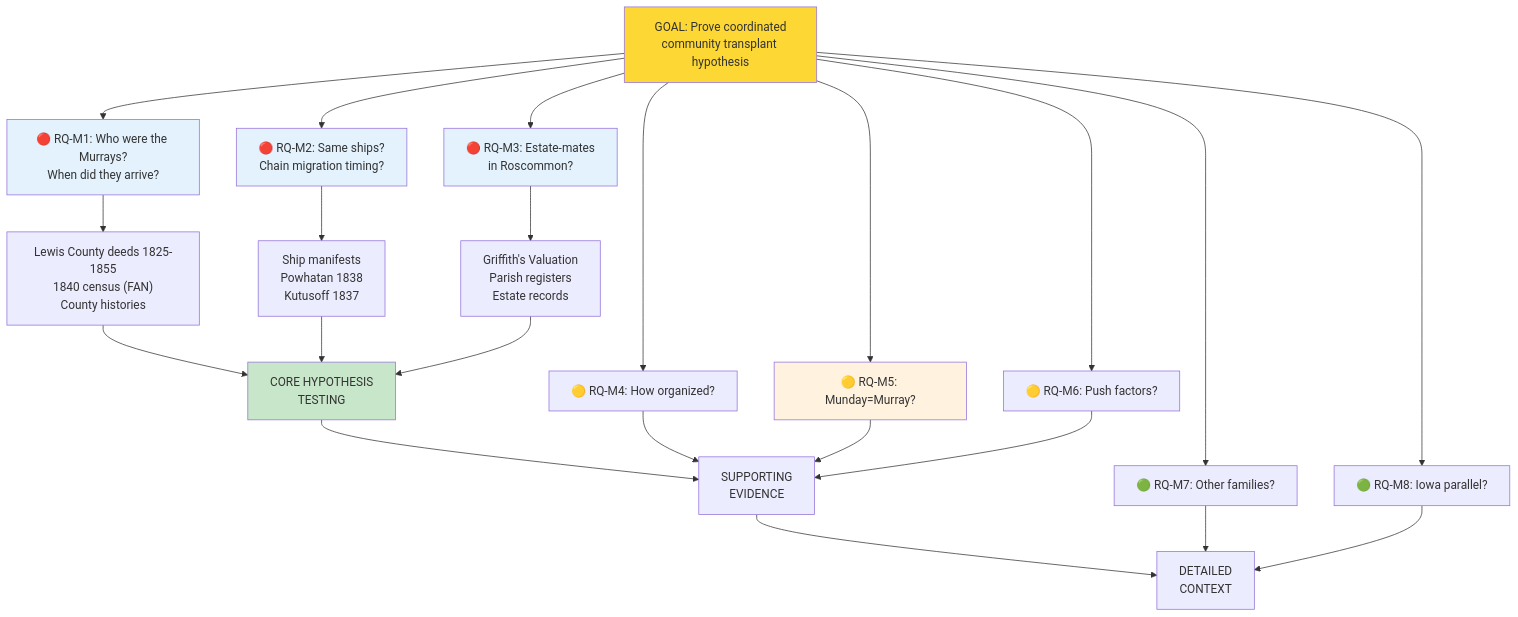
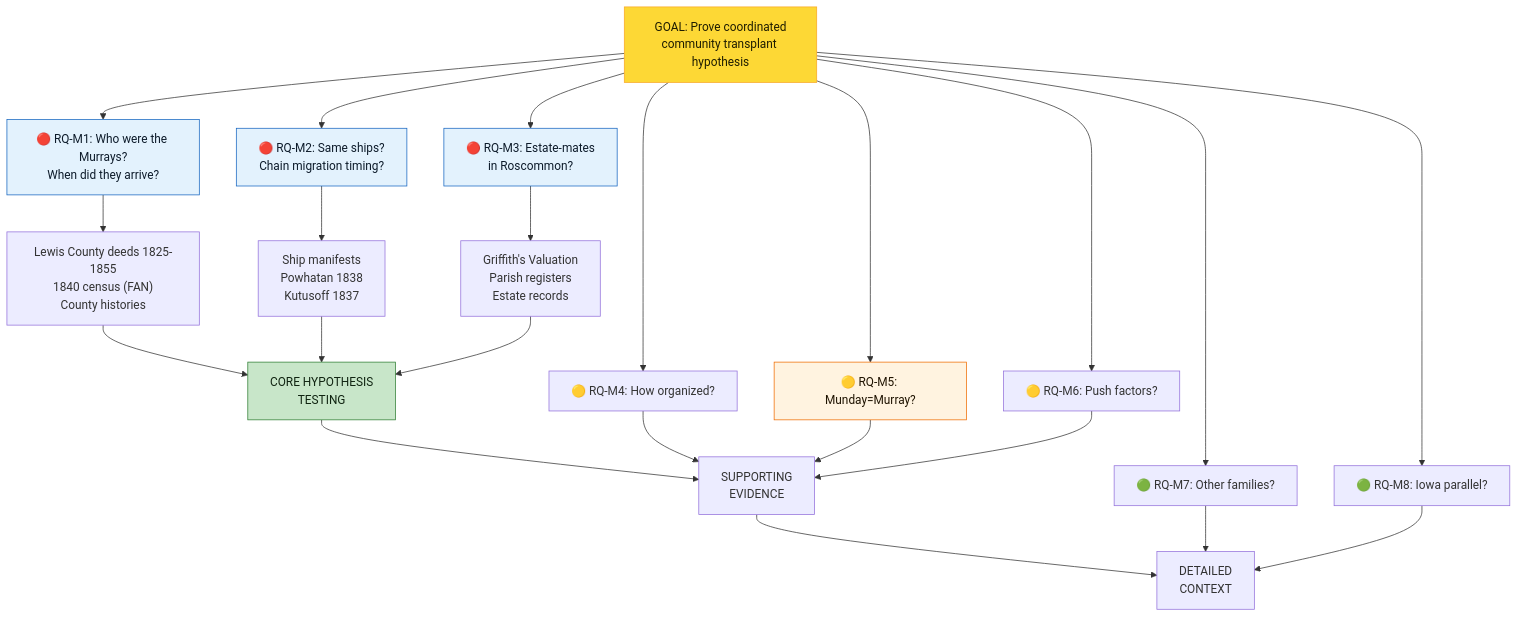
One commit to zcopley/copley-family-research changed the fourth of 4 diagrams in Topics/Murray Settlement.md. Above: the diagram before and after it, drawn with Mermaid. The commit also changed other lines of this file and 14 other files, not shown here.

Commit message:
Enforce Mermaid diagram contrast

````diff
--- a/Topics/Murray Settlement.md
+++ b/Topics/Murray Settlement.md
@@ -532,39 +532,39 @@
 ```mermaid
 graph TD
     GOAL["GOAL: Prove coordinated<br/>community transplant hypothesis"]
     
     GOAL --> RQ1["🔴 RQ-M1: Who were the Murrays?<br/>When did they arrive?"]
     GOAL --> RQ2["🔴 RQ-M2: Same ships?<br/>Chain migration timing?"]
     GOAL --> RQ3["🔴 RQ-M3: Estate-mates<br/>in Roscommon?"]
     
     RQ1 --> DATA1["Lewis County deeds 1825-1855<br/>1840 census (FAN)<br/>County histories"]
     RQ2 --> DATA2["Ship manifests<br/>Powhatan 1838<br/>Kutusoff 1837"]
     RQ3 --> DATA3["Griffith's Valuation<br/>Parish registers<br/>Estate records"]
     
     DATA1 --> CORE["CORE HYPOTHESIS<br/>TESTING"]
     DATA2 --> CORE
     DATA3 --> CORE
     
     GOAL --> RQ4["🟡 RQ-M4: How organized?"]
     GOAL --> RQ5["🟡 RQ-M5: Munday=Murray?"]
     GOAL --> RQ6["🟡 RQ-M6: Push factors?"]
     
     CORE --> SUPPORT["SUPPORTING<br/>EVIDENCE"]
     RQ4 --> SUPPORT
     RQ5 --> SUPPORT
     RQ6 --> SUPPORT
     
     GOAL --> RQ7["🟢 RQ-M7: Other families?"]
     GOAL --> RQ8["🟢 RQ-M8: Iowa parallel?"]
     
     SUPPORT --> DETAIL["DETAILED<br/>CONTEXT"]
     RQ7 --> DETAIL
     RQ8 --> DETAIL
     
-    style GOAL fill:#fdd835
-    style RQ1 fill:#e3f2fd
-    style RQ2 fill:#e3f2fd
-    style RQ3 fill:#e3f2fd
-    style RQ5 fill:#fff3e0
-    style CORE fill:#c8e6c9
+    style GOAL fill:#fdd835,stroke:#f9a825,color:#1f1d00
+    style RQ1 fill:#e3f2fd,stroke:#1565c0,color:#0d1b2a
+    style RQ2 fill:#e3f2fd,stroke:#1565c0,color:#0d1b2a
+    style RQ3 fill:#e3f2fd,stroke:#1565c0,color:#0d1b2a
+    style RQ5 fill:#fff3e0,stroke:#ef6c00,color:#1f1300
+    style CORE fill:#c8e6c9,stroke:#2e7d32,color:#102411
 ```
````
